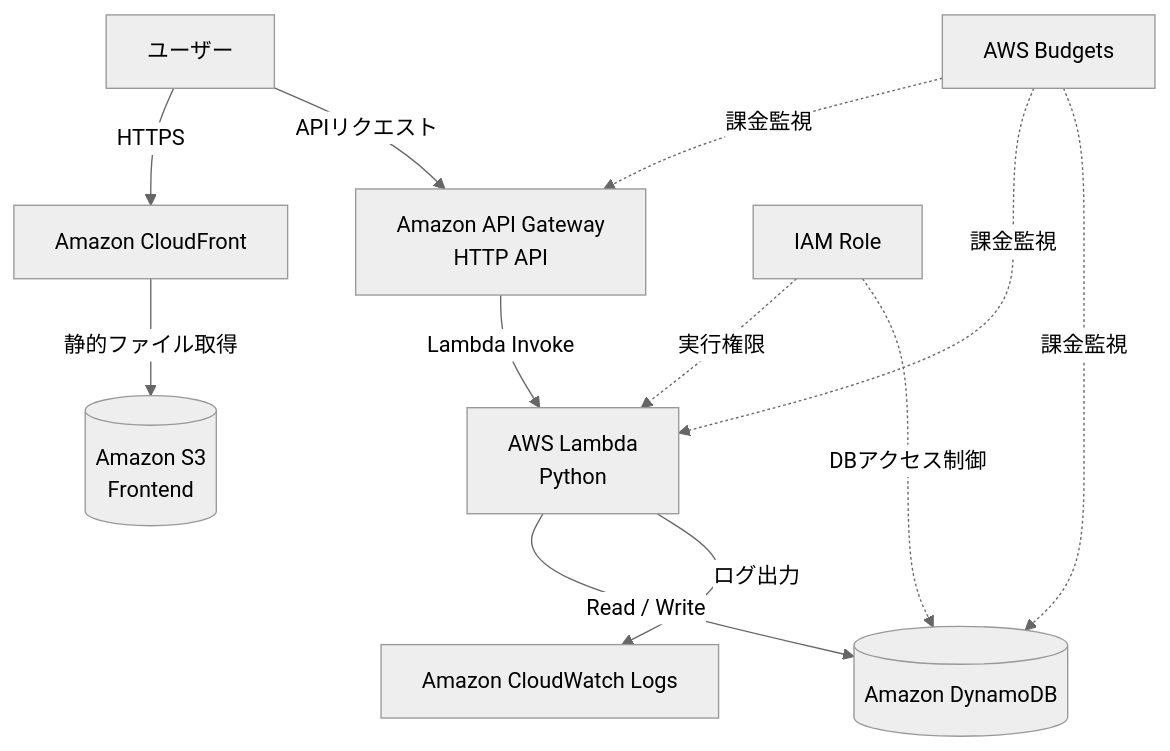
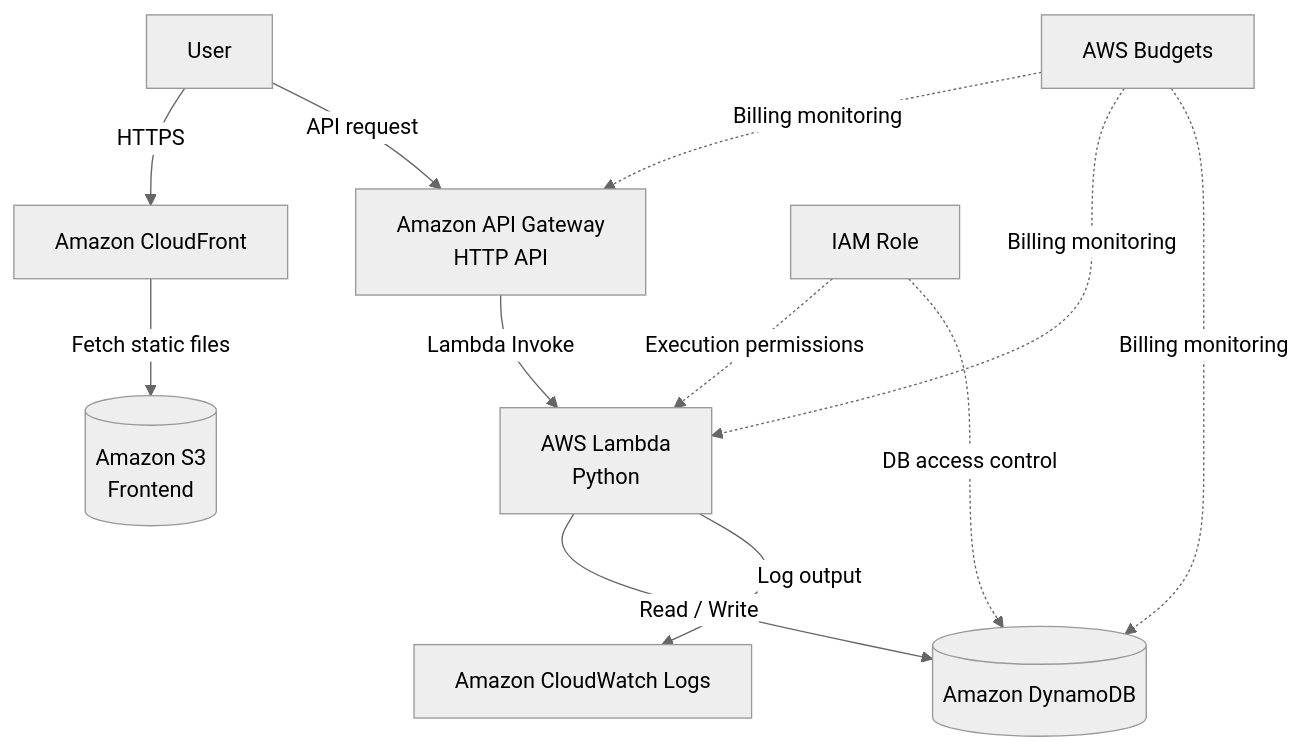
Before and after one commit to vincentmango-wen/aws-cert-roadmap-lab: the second of 11 diagrams in docs/designs/04_aws_architecture_design.md, drawn with Mermaid (neutral theme). The commit also changed other lines of this file and 117 other files, not shown here.

````diff
--- a/docs/designs/04_aws_architecture_design.md
+++ b/docs/designs/04_aws_architecture_design.md
@@ -167,24 +167,24 @@
 ```mermaid
 flowchart TD
-    User[ユーザー]
+    User[User]
     CF[Amazon CloudFront]
     S3[(Amazon S3<br/>Frontend)]
     APIGW[Amazon API Gateway<br/>HTTP API]
     Lambda[AWS Lambda<br/>Python]
     DDB[(Amazon DynamoDB)]
     CW[Amazon CloudWatch Logs]
     IAM[IAM Role]
     Budget[AWS Budgets]
 
     User -->|HTTPS| CF
-    CF -->|静的ファイル取得| S3
-    User -->|APIリクエスト| APIGW
+    CF -->|Fetch static files| S3
+    User -->|API request| APIGW
     APIGW -->|Lambda Invoke| Lambda
     Lambda -->|Read / Write| DDB
-    Lambda -->|ログ出力| CW
-    IAM -.->|実行権限| Lambda
-    IAM -.->|DBアクセス制御| DDB
-    Budget -.->|課金監視| APIGW
-    Budget -.->|課金監視| Lambda
-    Budget -.->|課金監視| DDB
+    Lambda -->|Log output| CW
+    IAM -.->|Execution permissions| Lambda
+    IAM -.->|DB access control| DDB
+    Budget -.->|Billing monitoring| APIGW
+    Budget -.->|Billing monitoring| Lambda
+    Budget -.->|Billing monitoring| DDB
 ```
````
